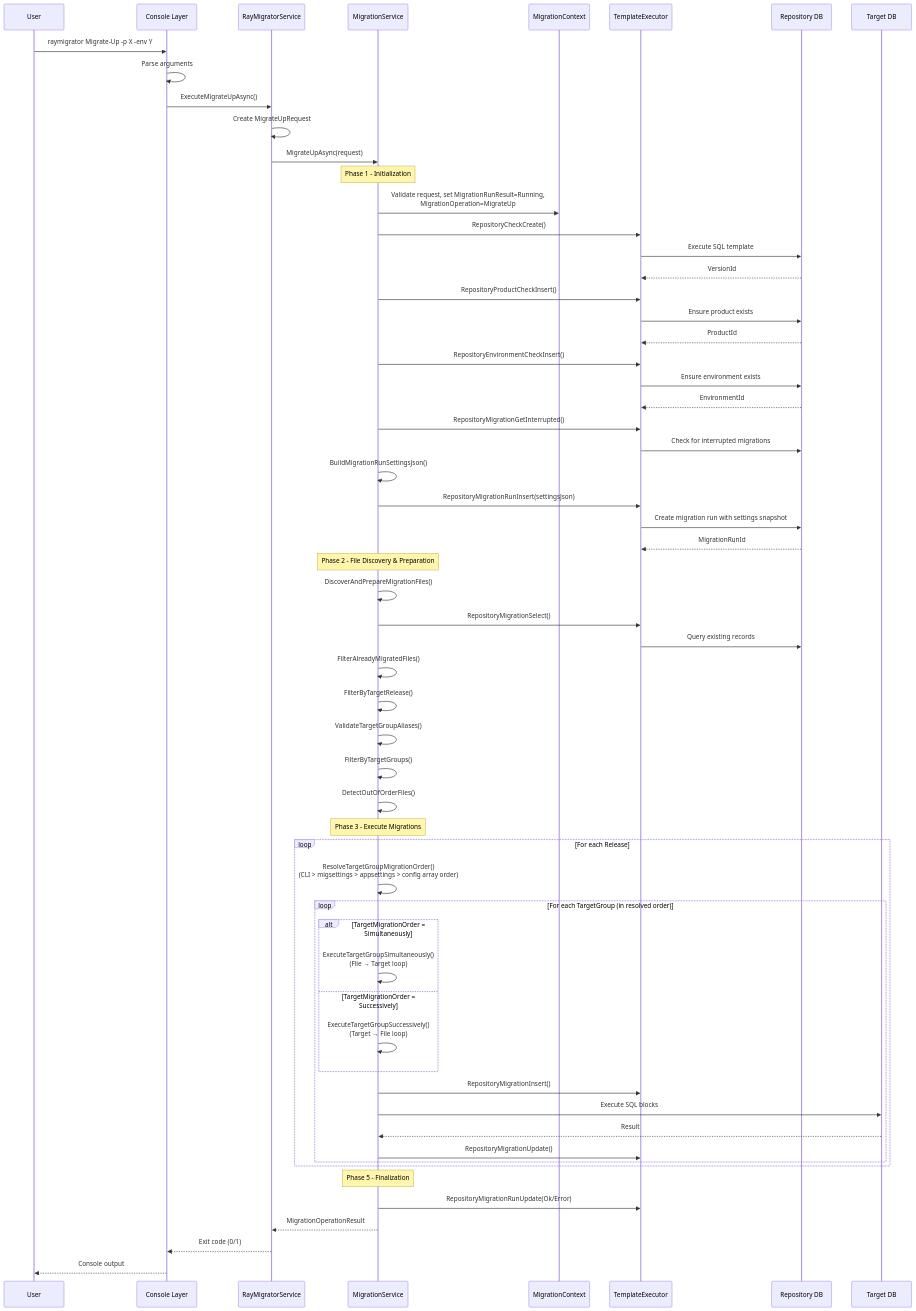
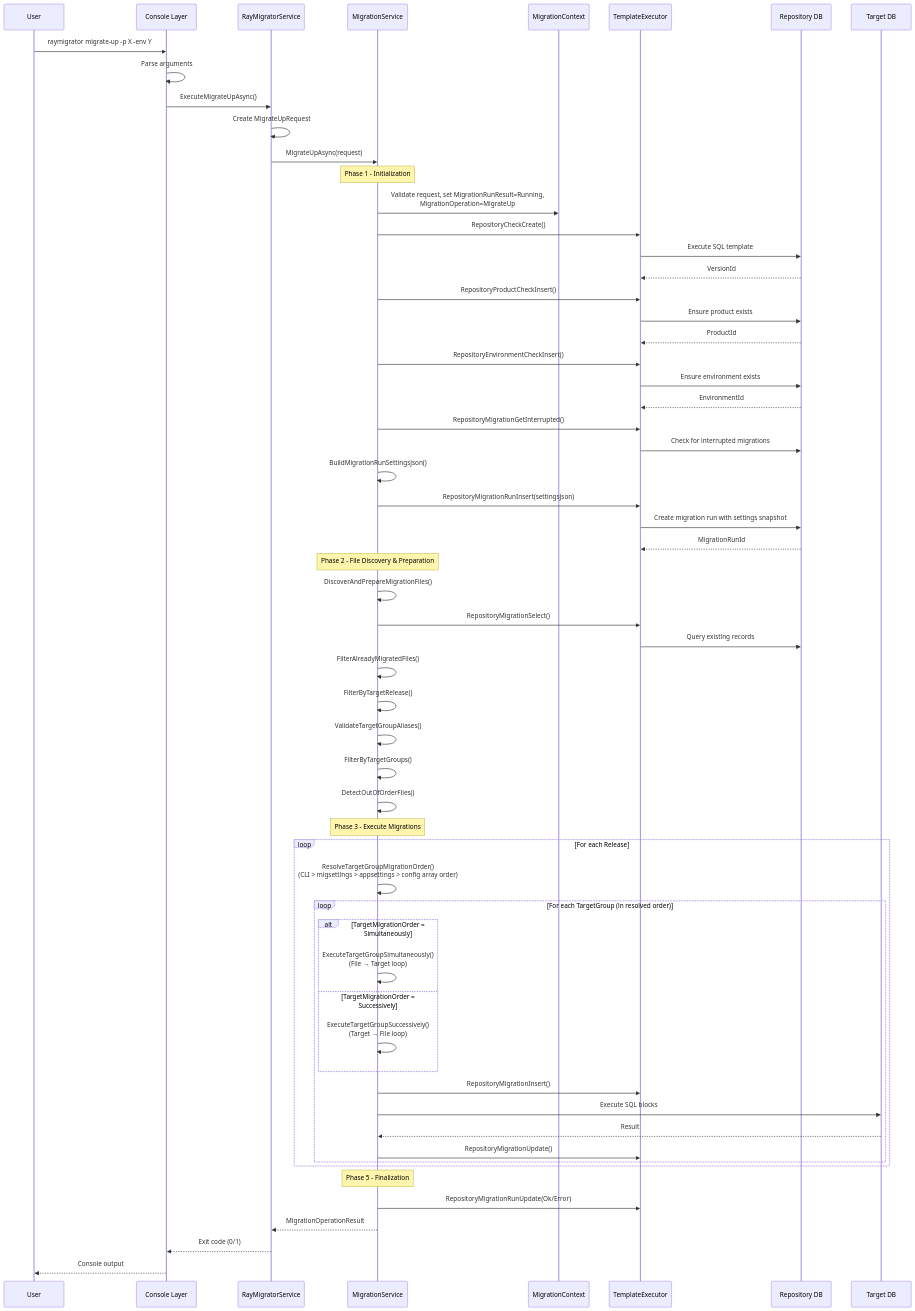
One commit to RAYCOON/RayMigrator changed the first of 8 diagrams in Docs/01-architecture/data-flow.md. Above: the diagram before and after it, drawn with Mermaid. The commit also changed 64 other files, not shown here.

````diff
--- a/Docs/01-architecture/data-flow.md
+++ b/Docs/01-architecture/data-flow.md
@@ -7,73 +7,73 @@
 ```mermaid
 sequenceDiagram
     participant User
     participant CLI as Console Layer
     participant Bridge as RayMigratorService
     participant Svc as MigrationService
     participant Ctx as MigrationContext
     participant Tmpl as TemplateExecutor
     participant Repo as Repository DB
     participant Target as Target DB
 
-    User->>CLI: raymigrator Migrate-Up -p X -env Y
+    User->>CLI: raymigrator migrate-up -p X -env Y
 
     CLI->>CLI: Parse arguments
     CLI->>Bridge: ExecuteMigrateUpAsync()
 
     Bridge->>Bridge: Create MigrateUpRequest
     Bridge->>Svc: MigrateUpAsync(request)
 
     Note over Svc: Phase 1 - Initialization
     Svc->>Ctx: Validate request, set MigrationRunResult=Running,<br/>MigrationOperation=MigrateUp
     Svc->>Tmpl: RepositoryCheckCreate()
     Tmpl->>Repo: Execute SQL template
     Repo-->>Tmpl: VersionId
 
     Svc->>Tmpl: RepositoryProductCheckInsert()
     Tmpl->>Repo: Ensure product exists
     Repo-->>Tmpl: ProductId
 
     Svc->>Tmpl: RepositoryEnvironmentCheckInsert()
     Tmpl->>Repo: Ensure environment exists
     Repo-->>Tmpl: EnvironmentId
 
     Svc->>Tmpl: RepositoryMigrationGetInterrupted()
     Tmpl->>Repo: Check for interrupted migrations
 
     Svc->>Svc: BuildMigrationRunSettingsJson()
     Svc->>Tmpl: RepositoryMigrationRunInsert(settingsJson)
     Tmpl->>Repo: Create migration run with settings snapshot
     Repo-->>Tmpl: MigrationRunId
 
     Note over Svc: Phase 2 - File Discovery & Preparation
     Svc->>Svc: DiscoverAndPrepareMigrationFiles()
     Svc->>Tmpl: RepositoryMigrationSelect()
     Tmpl->>Repo: Query existing records
     Svc->>Svc: FilterAlreadyMigratedFiles()
     Svc->>Svc: FilterByTargetRelease()
     Svc->>Svc: ValidateTargetGroupAliases()
     Svc->>Svc: FilterByTargetGroups()
     Svc->>Svc: DetectOutOfOrderFiles()
 
     Note over Svc: Phase 3 - Execute Migrations
     loop For each Release
         Svc->>Svc: ResolveTargetGroupMigrationOrder()<br/>(CLI > migsettings > appsettings > config array order)
         loop For each TargetGroup (in resolved order)
             alt TargetMigrationOrder = Simultaneously
                 Svc->>Svc: ExecuteTargetGroupSimultaneously()<br/>(File → Target loop)
             else TargetMigrationOrder = Successively
                 Svc->>Svc: ExecuteTargetGroupSuccessively()<br/>(Target → File loop)
             end
             Svc->>Tmpl: RepositoryMigrationInsert()
             Svc->>Target: Execute SQL blocks
             Target-->>Svc: Result
             Svc->>Tmpl: RepositoryMigrationUpdate()
         end
     end
 
     Note over Svc: Phase 5 - Finalization
     Svc->>Tmpl: RepositoryMigrationRunUpdate(Ok/Error)
     Svc-->>Bridge: MigrationOperationResult
     Bridge-->>CLI: Exit code (0/1)
     CLI-->>User: Console output
 ```
````
